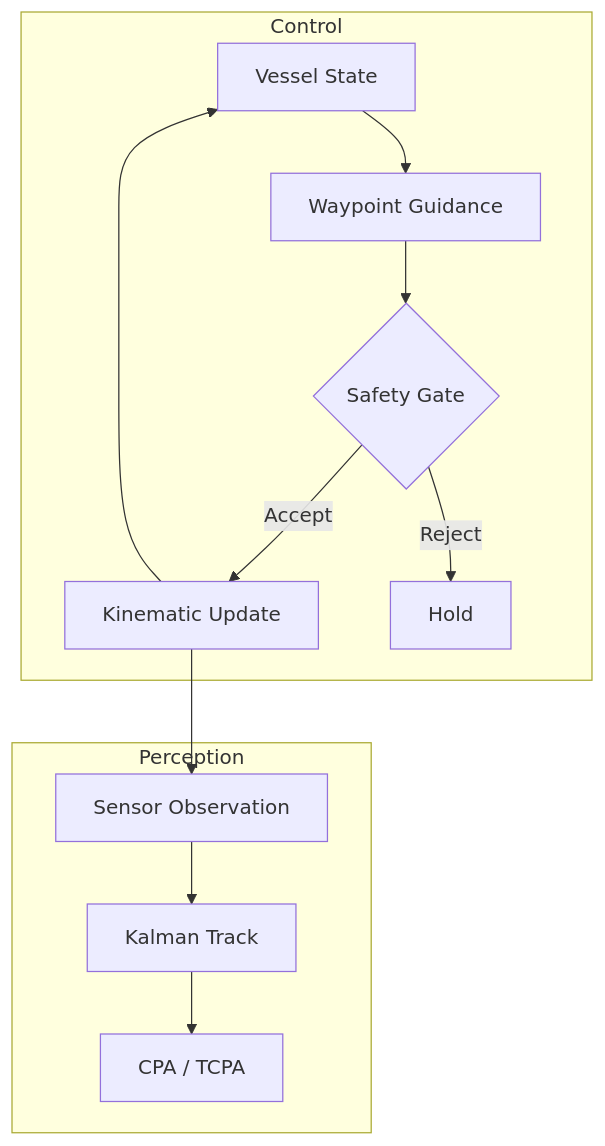
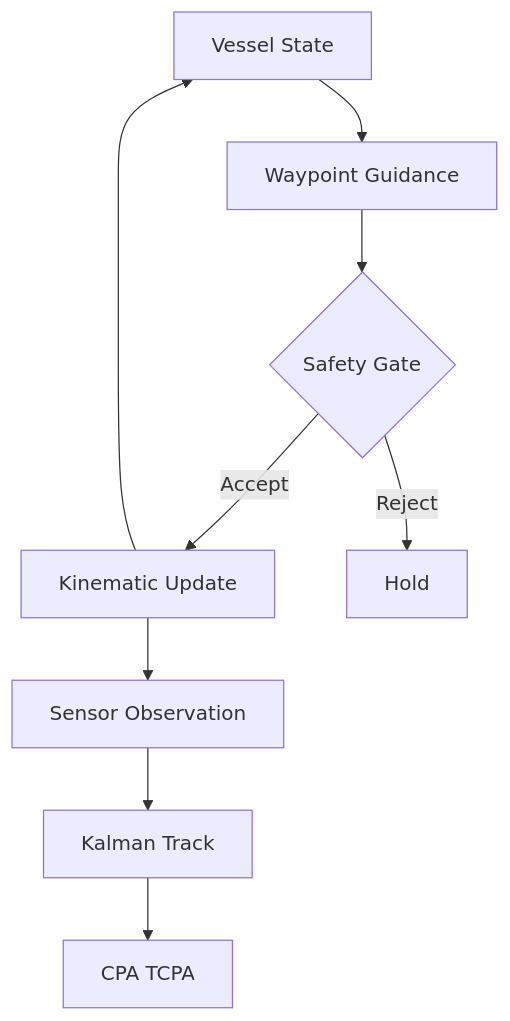
Before and after one commit to AHMADALIPARR/sea_hunter_research: the first of 2 diagrams in README.md, drawn with Mermaid. The commit also changed other lines of this file, not shown here.

Commit message:
Rewrite diagrams with simplest GitHub-compatible mermaid syntax

````diff
--- a/README.md
+++ b/README.md
@@ -108,23 +108,11 @@
 ```mermaid
-flowchart TB
-    subgraph Control
-        state[Vessel State]
-        guidance[Waypoint Guidance]
-        gate{Safety Gate}
-        update[Kinematic Update]
-        hold[Hold]
-    end
-    subgraph Perception
-        sensor[Sensor Observation]
-        track[Kalman Track]
-        cpa[CPA / TCPA]
-    end
-    state --> guidance
-    guidance --> gate
-    gate -->|Accept| update
-    gate -->|Reject| hold
-    update --> sensor
-    sensor --> track
-    track --> cpa
-    update --> state
+graph TD
+    A[Vessel State] --> B[Waypoint Guidance]
+    B --> C{Safety Gate}
+    C -->|Accept| D[Kinematic Update]
+    C -->|Reject| E[Hold]
+    D --> F[Sensor Observation]
+    F --> G[Kalman Track]
+    G --> H[CPA TCPA]
+    D --> A
 ```
````
